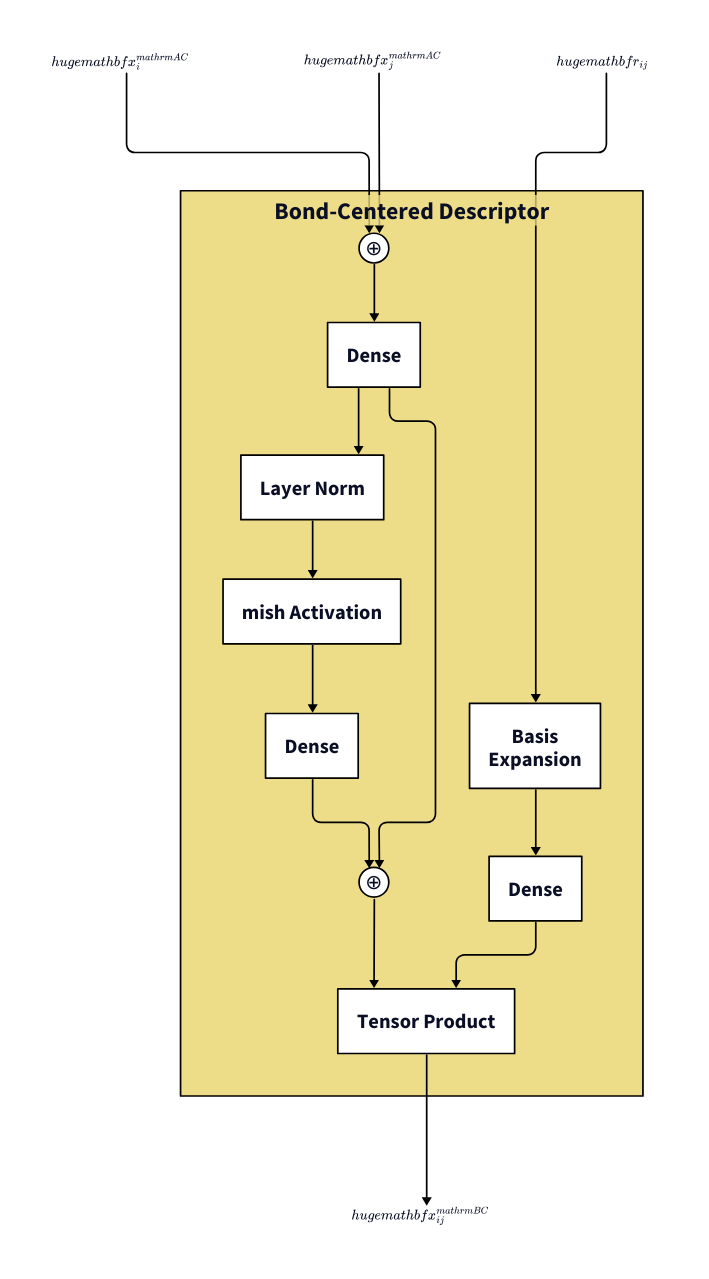
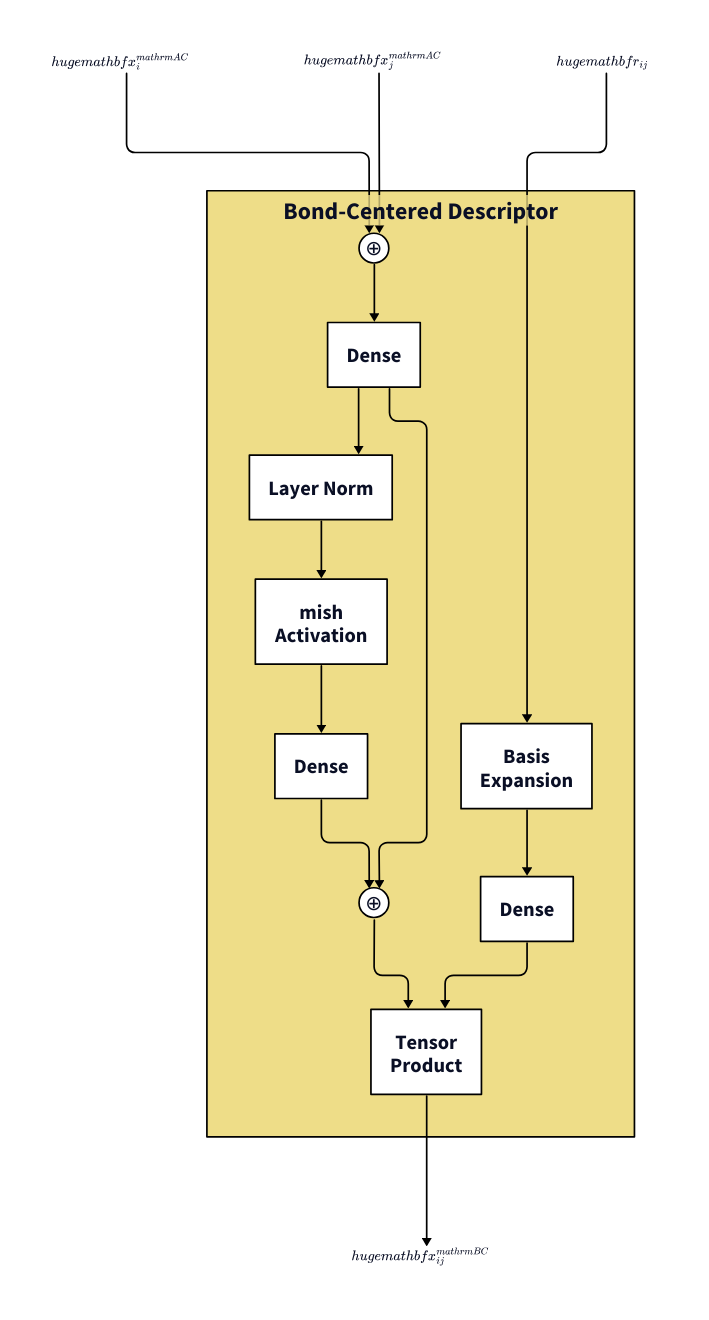
One commit to SamsungDS/gears_h changed the diagram in architecture_figures/3_bc.d2. Above: the diagram before and after it, drawn with D2.

Commit message:
Add line breaks

```diff
--- a/architecture_figures/3_bc.d2
+++ b/architecture_figures/3_bc.d2
@@ -1,137 +1,137 @@
 # direction: right
 
 vars: {
     d2-config: {
       layout-engine: elk
       pad: 10
     #   theme-id: 101
     }
 }
 
 acfi: {
     label: ""
     class: empty
     equation: |latex
         \huge{\mathbf{x}_i^{\mathrm{AC}}}
     |
 }
 acfj: {
     label: ""
     class: empty
     equation: |latex
         \huge{\mathbf{x}_j^{\mathrm{AC}}}
     |
 }
 
 r: {label: ""
     equation: |latex
         \huge{\mathbf{r}_{ij}}
     |
     class: empty}
 bcf: {
     label: ""
     class: empty
     equation: |latex
         \huge{\mathbf{x}_{ij}^{\mathrm{BC}}}
     |
 }
 
 bc: Bond-Centered Descriptor {
     class: bc
     s1: ⊕ {class: operator}
     d1: Dense {class: in_module}
     ln: Layer Norm {class: in_module}
-    mish: mish Activation {class: in_module}
+    mish: mish\nActivation {class: in_module}
     d2: Dense {class: in_module}
     s1 -> d1 -> ln -> mish -> d2: {style: {stroke: "#000000"; font-color: black}}
     s2: ⊕ {class: operator}
     d1 -> s2: {style: {stroke: "#000000"; font-color: black}}
     d2 -> s2: {style: {stroke: "#000000"; font-color: black}}
     bond_exp: Basis\nExpansion {class: in_module}
     d3be: Dense {class: in_module}
     bond_exp -> d3be: {style: {stroke: "#000000"; font-color: black}}
-    tm: Tensor Product {class: in_module}
+    tm: Tensor\nProduct {class: in_module}
     s2 -> tm: {style: {stroke: "#000000"; font-color: black}}
     d3be -> tm: {style: {stroke: "#000000"; font-color: black}}
 }
 acfi.equation -> bc.s1: {style: {stroke: "#000000"; font-color: black}}
 acfj.equation -> bc.s1: {style: {stroke: "#000000"; font-color: black}}
 r.equation -> bc.bond_exp: {style: {stroke: "#000000"; font-color: black}}
 bc.tm -> bcf.equation: {style: {stroke: "#000000"; font-color: black}}
 
 classes: {
     operator: {shape: circle
                width: 35
                height: 35
                style: {fill: "#FFFFFF"
                        stroke: "#000000"
                        font-size: 24
                       }
     }
     empty: {
             width: 50
             height: 50
             style: {
                 fill: transparent
                 stroke: transparent
                 font-size: 24
             }
     }
     sarb: {
         style: {
             fill: "#44BB99"
             stroke: "#000000"
             font-size: 24
         }
     }
     in_module: {
         style: {
             fill: "#FFFFFF"
             stroke: "#000000"
             font-size: 24
         }
     }
     ac: {
         style: {
             fill: "#BBCC33"
             stroke: "#000000"
             font-size: 24
         }
     }
     bc: {
         style: {
             fill: "#EEDD88"
             stroke: "#000000"
             bold: true
             font-size: 28
         }
     }
     rd: {
         style: {
             fill: "#EE8866"
             stroke: "#000000"
         }
     }
     ro: {
         style: {
             fill: "#FFAABB"
             stroke: "#000000"
         }
     }
     outs: {
         style: {
             fill: "#DDDDDD"
             stroke: "#000000"
             multiple: true
         }
     }
     input : {
         width: 50
         height: 50
         style: {
             fill: "#99DDFF"
             stroke: "#000000"
             multiple: true
         }
     }
 }
```
